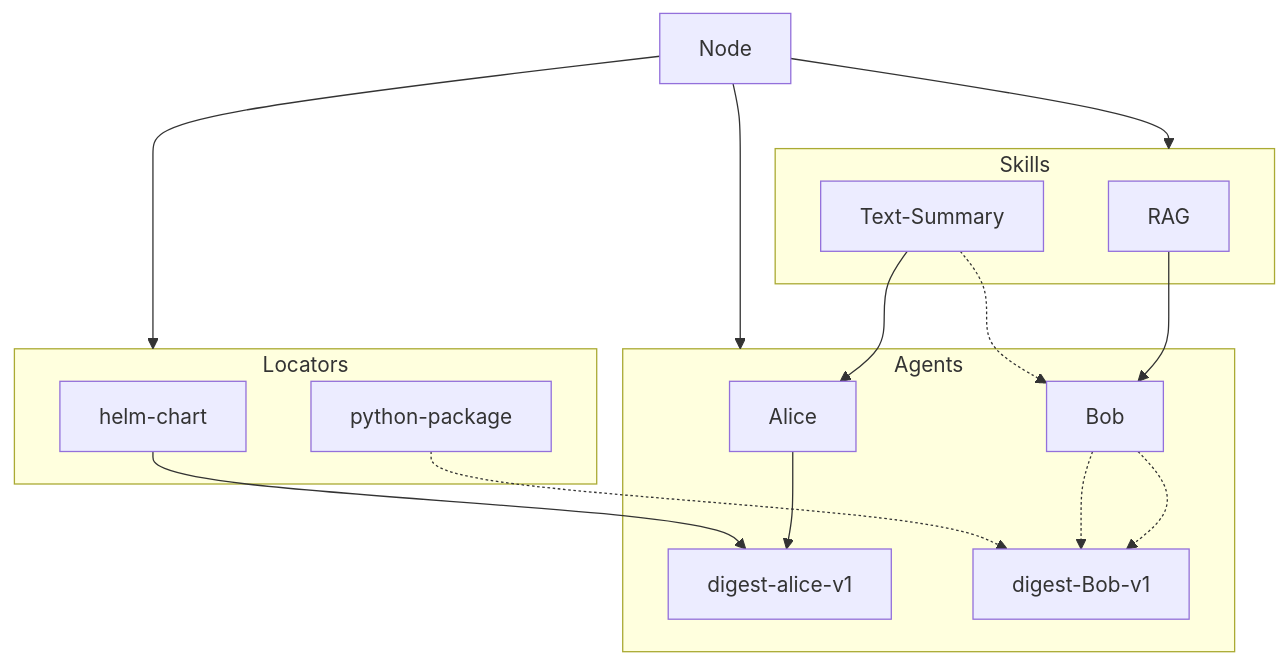
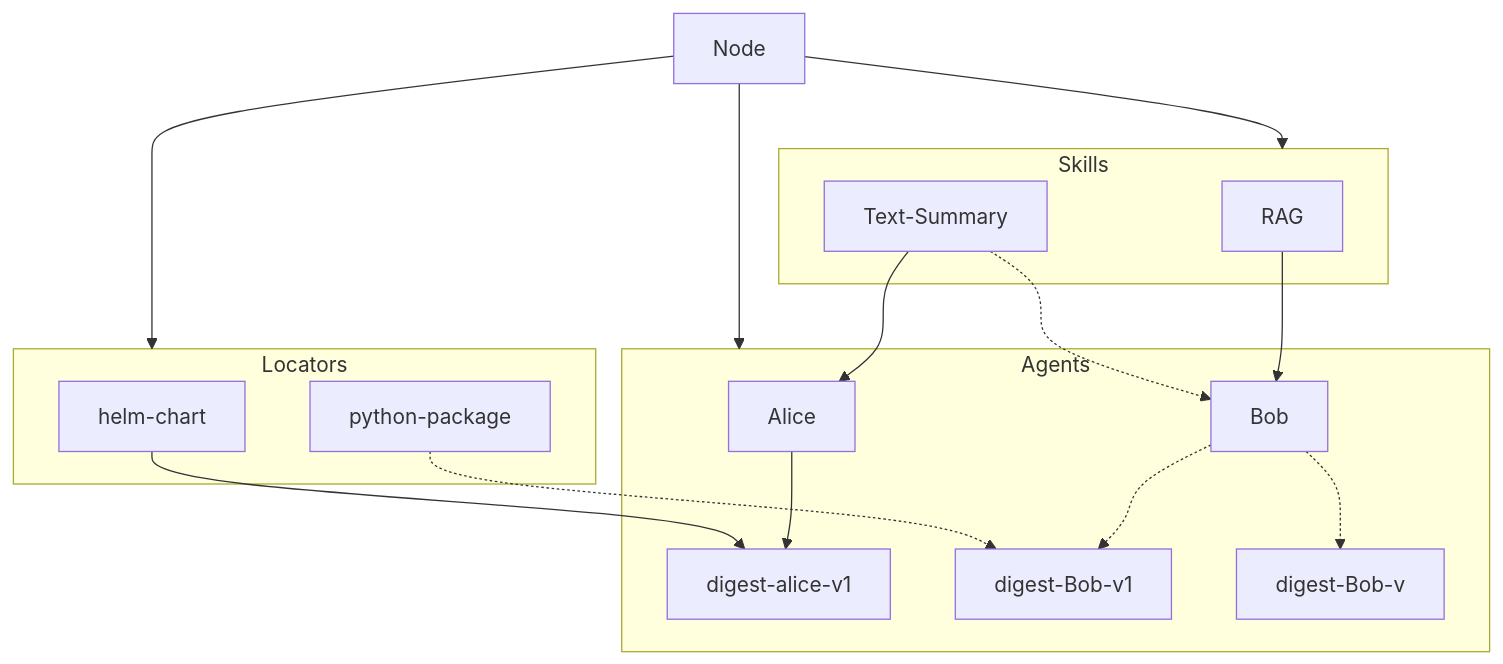
The diagram in ARCHITECTURE.md (agntcy/dir), drawn with Mermaid before and after one commit. The commit also changed other lines of this file and 9 other files, not shown here.

````diff
--- a/ARCHITECTURE.md
+++ b/ARCHITECTURE.md
@@ -135,23 +136,23 @@
 ```mermaid
 flowchart TD
   Node --> Agents
   Node --> Skills
   Node --> Locators
 
   subgraph Agents
       Alice --> digest-alice-v1
       Bob .-> digest-Bob-v1
-      Bob .-> digest-Bob-v1
+      Bob .-> digest-Bob-v
   end
 
   subgraph Locators
       helm-chart --> digest-alice-v1
       python-package .-> digest-Bob-v1
   end
 
   subgraph Skills
       RAG --> Bob
       Text-Summary --> Alice
       Text-Summary .-> Bob
   end
 ```
````
